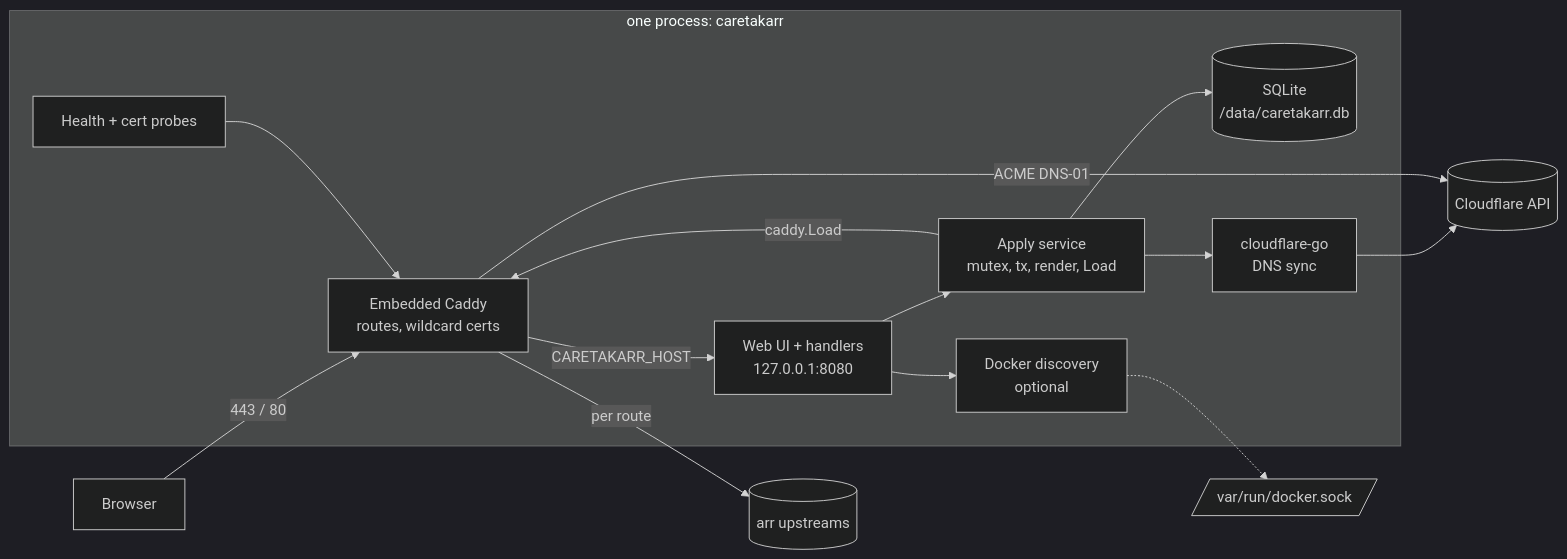
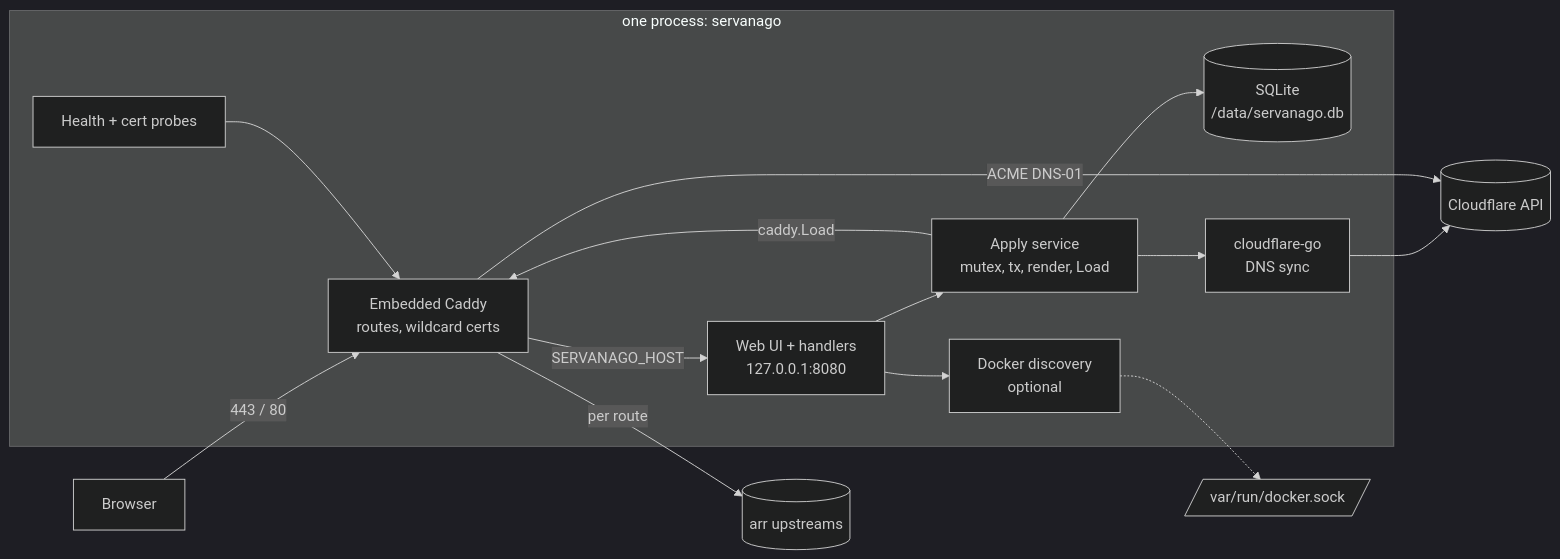
Before and after one commit to Servanago/Servanago: the first of 5 diagrams in docs/DESIGN.md, drawn with Mermaid (dark theme). The commit also changed other lines of this file and 112 other files, not shown here.

First line of the commit message:
Rename caretakarr to servanago

````diff
--- a/docs/DESIGN.md
+++ b/docs/DESIGN.md
@@ -27,22 +27,22 @@
 ```mermaid
 flowchart LR
   Browser -->|443 / 80| Caddy
-  subgraph Container [one process: caretakarr]
+  subgraph Container [one process: servanago]
     Caddy[Embedded Caddy<br/>routes, wildcard certs]
     UI[Web UI + handlers<br/>127.0.0.1:8080]
     Apply[Apply service<br/>mutex, tx, render, Load]
-    Store[(SQLite<br/>/data/caretakarr.db)]
+    Store[(SQLite<br/>/data/servanago.db)]
     DNS[cloudflare-go<br/>DNS sync]
     Health[Health + cert probes]
     Docker[Docker discovery<br/>optional]
   end
-  Caddy -->|CARETAKARR_HOST| UI
+  Caddy -->|SERVANAGO_HOST| UI
   Caddy -->|per route| Arr[(arr upstreams)]
   UI --> Apply --> Store
   Apply -->|caddy.Load| Caddy
   Apply --> DNS --> CF[(Cloudflare API)]
   Caddy -->|ACME DNS-01| CF
   Health --> Caddy
   UI --> Docker
   Docker -.-> Sock[/var/run/docker.sock/]
 ```
````
